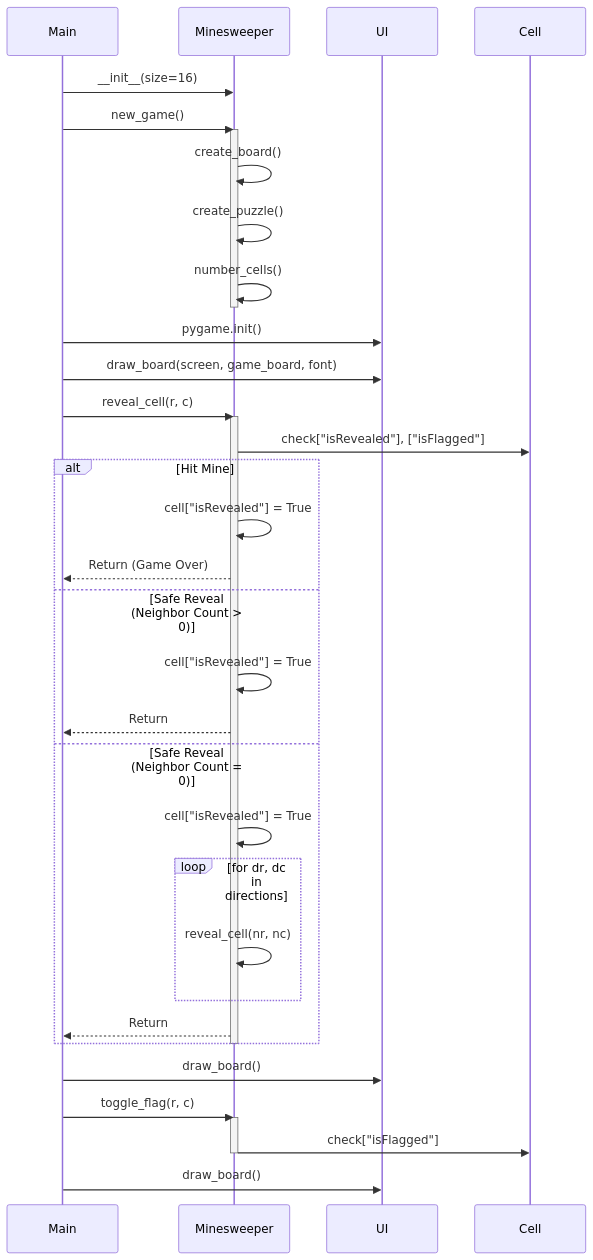
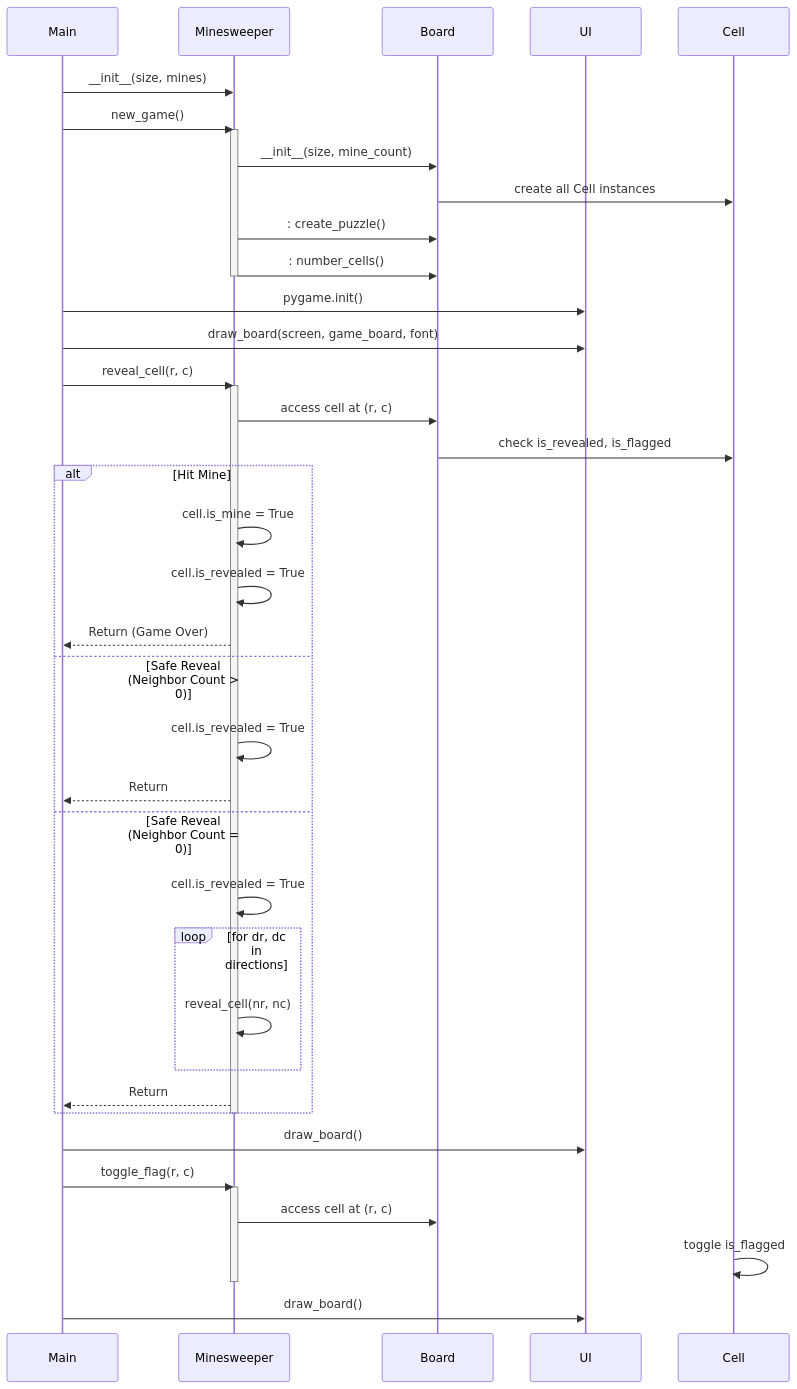
Before and after one commit to epicoderr/Software-Dev-Project: the second of 2 diagrams in documentation/architecture.md, drawn with Mermaid. The commit also changed other lines of this file and 10 other files, not shown here.

````diff
--- a/documentation/architecture.md
+++ b/documentation/architecture.md
@@ -66,46 +74,51 @@
 ```mermaid
 sequenceDiagram
     participant Main
     participant Game as Minesweeper 
+    participant Board
     participant UI
     participant Cell
 
 %% --- Game Initialization ---
-    Main->>Game: __init__(size=16)
+    Main->>Game: __init__(size, mines)
     Main->>Game: new_game()
     activate Game
-    Game->>Game: create_board()
-    Game->>Game: create_puzzle()
-    Game->>Game: number_cells()
+    Game->>Board: __init__(size, mine_count)
+    Board->>Cell: create all Cell instances
+    Game->>Board:: create_puzzle()
+    Game->>Board:: number_cells()
     deactivate Game
     Main->>UI: pygame.init()
     Main->>UI: draw_board(screen, game_board, font)
 
     %% --- Player Clicks (Left/Reveal) ---
     Main->>Game: reveal_cell(r, c)
     activate Game
-    Game->>Cell: check["isRevealed"], ["isFlagged"]
+    Game->>Board: access cell at (r, c)
+    Board->>Cell: check is_revealed, is_flagged
     alt Hit Mine
-        Game->>Game: cell["isRevealed"] = True
+    Game->>Game: cell.is_mine = True
+        Game->>Game: cell.is_revealed = True
         Game-->>Main: Return (Game Over)
     else Safe Reveal (Neighbor Count > 0)
-        Game->>Game: cell["isRevealed"] = True
+        Game->>Game: cell.is_revealed = True
         Game-->>Main: Return
     else Safe Reveal (Neighbor Count = 0)
-        Game->>Game: cell["isRevealed"] = True
+        Game->>Game: cell.is_revealed = True
         loop for dr, dc in directions
             Game->>Game: reveal_cell(nr, nc)
         end
         Game-->>Main: Return
     end
     deactivate Game
     Main->>UI: draw_board()
 
     %% --- Player Clicks (Right/Flag) ---
     Main->>Game: toggle_flag(r, c)
     activate Game
-    Game->>Cell: check["isFlagged"]
+    Game->>Board: access cell at (r, c)
+    Cell->>Cell: toggle is_flagged
     deactivate Game
     Main->>UI: draw_board()
 
 ```
````
